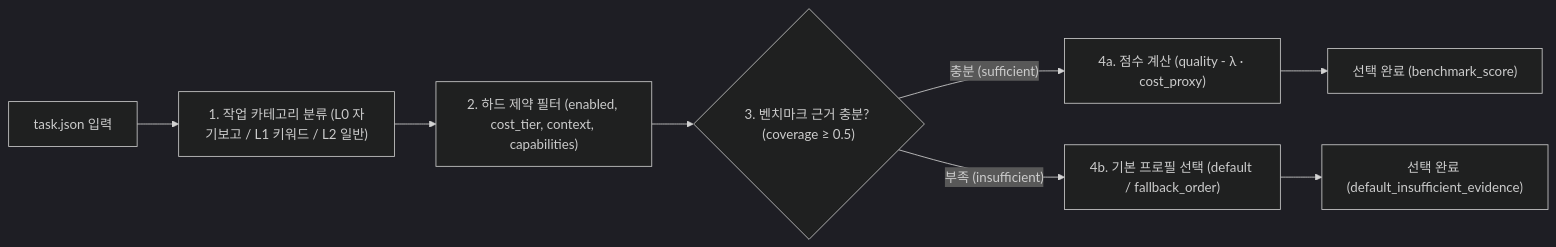
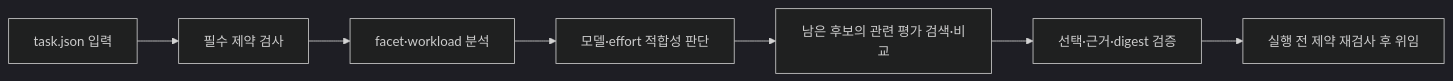
One commit to hjlim4u/bench-router changed the second of 2 diagrams in README.md. Above: the diagram before and after it, drawn with Mermaid (dark theme). The commit also changed other lines of this file and 5 other files, not shown here.

````diff
--- a/README.md
+++ b/README.md
@@ -70,10 +74,9 @@
 ```mermaid
 flowchart LR
-    T["task.json 입력"] --> C["1. 작업 카테고리 분류 (L0 자기보고 / L1 키워드 / L2 일반)"]
-    C --> F["2. 하드 제약 필터 (enabled, cost_tier, context, capabilities)"]
-    F --> E{"3. 벤치마크 근거 충분? (coverage ≥ 0.5)"}
-    E -- "충분 (sufficient)" --> S["4a. 점수 계산 (quality - λ · cost_proxy)"]
-    E -- "부족 (insufficient)" --> D["4b. 기본 프로필 선택 (default / fallback_order)"]
-    S --> R["선택 완료 (benchmark_score)"]
-    D --> R2["선택 완료 (default_insufficient_evidence)"]
+    T["task.json 입력"] --> F["필수 제약 검사"]
+    F --> A["facet·workload 분석"]
+    A --> G["모델·effort 적합성 판단"]
+    G --> E["남은 후보의 관련 평가 검색·비교"]
+    E --> V["선택·근거·digest 검증"]
+    V --> R["실행 전 제약 재검사 후 위임"]
 ```
````
